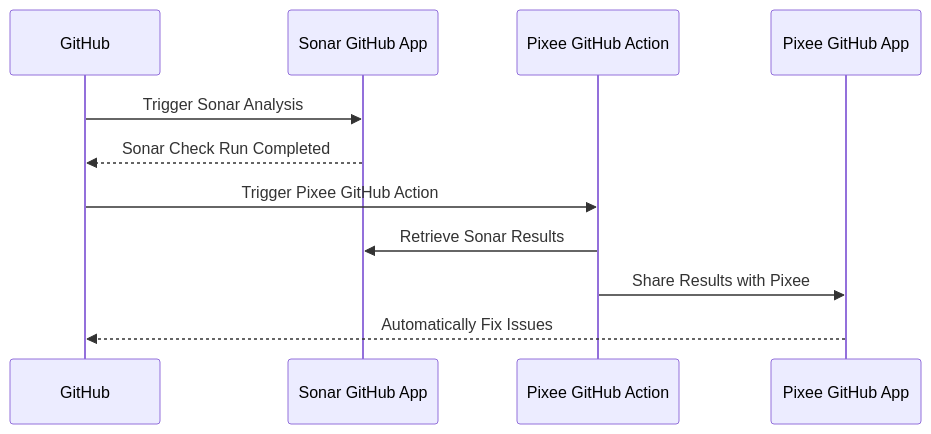
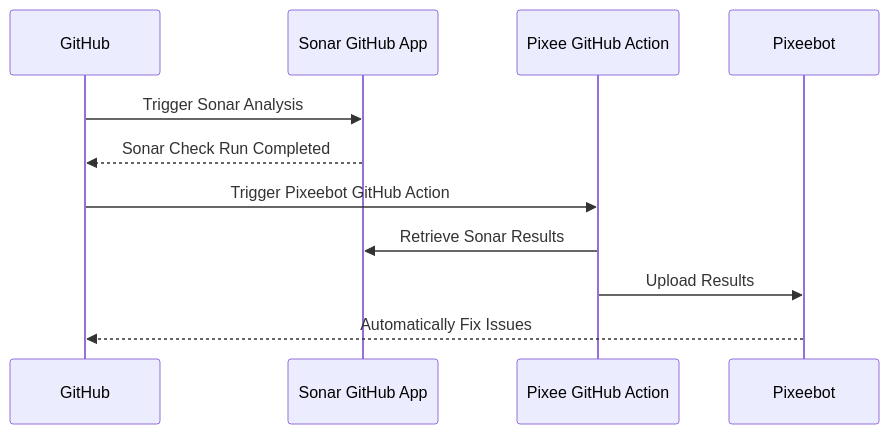
One commit to pixee/upload-tool-results-action changed the diagram in README.md. Above: the diagram before and after it, drawn with Mermaid. The commit also changed other lines of this file and 6 other files, not shown here.

````diff
--- a/README.md
+++ b/README.md
@@ -10,14 +10,14 @@
 ```mermaid
 sequenceDiagram
     participant GitHub
     participant SonarApp as Sonar GitHub App
     participant PixeeAction as Pixee GitHub Action
-    participant PixeeApp as Pixee GitHub App
+    participant Pixeebot as Pixeebot
 
     GitHub->>SonarApp: Trigger Sonar Analysis
     SonarApp-->>GitHub: Sonar Check Run Completed
-    GitHub->>PixeeAction: Trigger Pixee GitHub Action
+    GitHub->>PixeeAction: Trigger Pixeebot GitHub Action
     PixeeAction->>SonarApp: Retrieve Sonar Results
-    PixeeAction->>PixeeApp: Share Results with Pixee
-    PixeeApp-->>GitHub: Automatically Fix Issues
+    PixeeAction->>Pixeebot: Upload Results
+    Pixeebot-->>GitHub: Automatically Fix Issues
 ```
````
